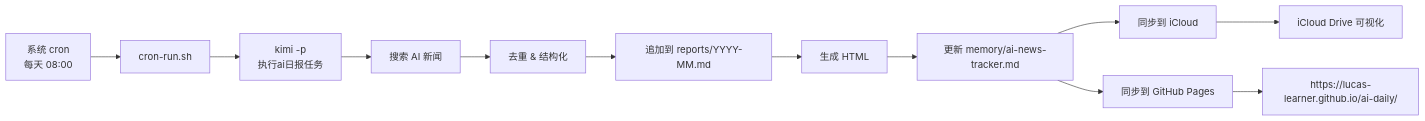
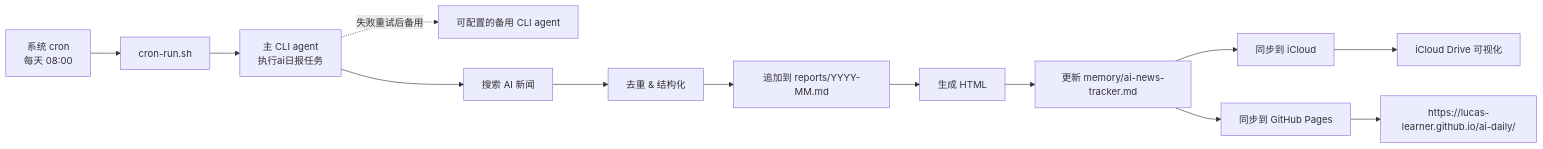
The diagram in README.md (Lucas-learner/ai-daily), drawn with Mermaid before and after one commit. The commit also changed other lines of this file and 3 other files, not shown here.

````diff
--- a/README.md
+++ b/README.md
@@ -9,14 +9,15 @@
 ```mermaid
 flowchart LR
     A[系统 cron<br/>每天 08:00] --> B[cron-run.sh]
-    B --> C[kimi -p<br/>执行ai日报任务]
+    B --> C[主 CLI agent<br/>执行ai日报任务]
+    C -. 失败重试后备用 .-> C2[可配置的备用 CLI agent]
     C --> D[搜索 AI 新闻]
     D --> E[去重 & 结构化]
     E --> F[追加到 reports/YYYY-MM.md]
     F --> G[生成 HTML]
     G --> H[更新 memory/ai-news-tracker.md]
     H --> I[同步到 iCloud]
     H --> J[同步到 GitHub Pages]
     I --> K[iCloud Drive 可视化]
     J --> L[https://lucas-learner.github.io/ai-daily/]
 ```
````
